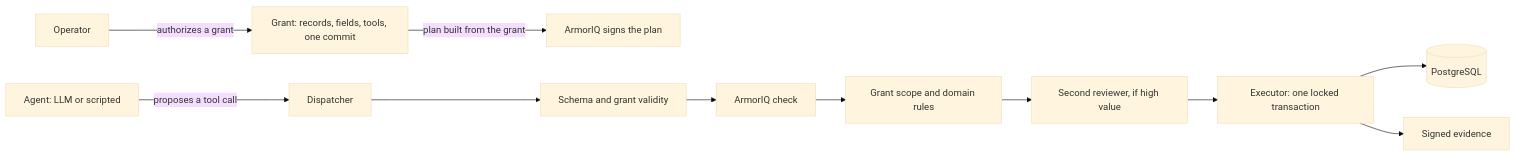
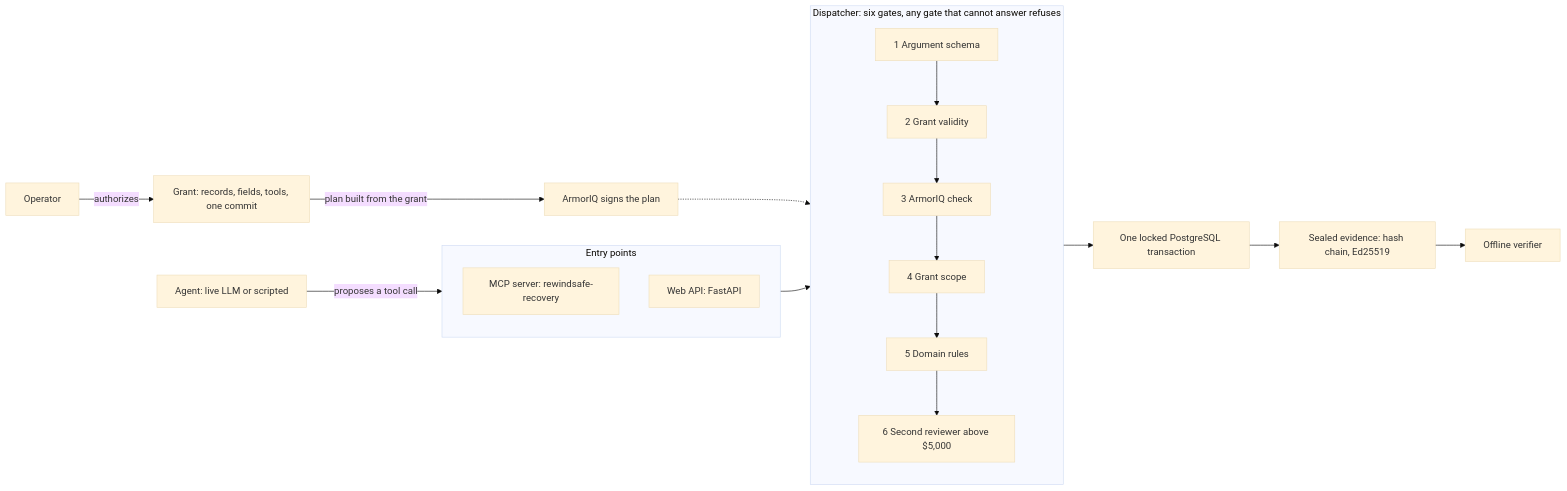
The diagram in README.md (GODOSTROYER/VeerIQ), drawn with Mermaid (base theme) before and after one commit. The commit also changed other lines of this file and 39 other files, not shown here.

````diff
--- a/README.md
+++ b/README.md
@@ -77,13 +35,18 @@
 ```mermaid
 flowchart LR
-  O[Operator] -->|authorizes a grant| G[Grant: records, fields, tools, one commit]
-  G -->|plan built from the grant| A[ArmorIQ signs the plan]
-  M[Agent: LLM or scripted] -->|proposes a tool call| D[Dispatcher]
-  D --> C1[Schema and grant validity]
-  C1 --> C2[ArmorIQ check]
-  C2 --> C3[Grant scope and domain rules]
-  C3 --> C4[Second reviewer, if high value]
-  C4 --> X[Executor: one locked transaction]
-  X --> DB[(PostgreSQL)]
-  X --> E[Signed evidence]
+  OP[Operator] -->|authorizes| GR[Grant: records, fields, tools, one commit]
+  GR -->|plan built from the grant| PL[ArmorIQ signs the plan]
+  AG[Agent: live LLM or scripted] -->|proposes a tool call| IN
+  subgraph IN[Entry points]
+    MCP[MCP server: rewindsafe-recovery]
+    API[Web API: FastAPI]
+  end
+  PL -.-> DI
+  IN --> DI
+  subgraph DI[Dispatcher: six gates, any gate that cannot answer refuses]
+    G1[1 Argument schema] --> G2[2 Grant validity] --> G3[3 ArmorIQ check] --> G4[4 Grant scope] --> G5[5 Domain rules] --> G6[6 Second reviewer above $5,000]
+  end
+  DI --> TX[One locked PostgreSQL transaction]
+  TX --> EV[Sealed evidence: hash chain, Ed25519]
+  EV --> VF[Offline verifier]
 ```
````
